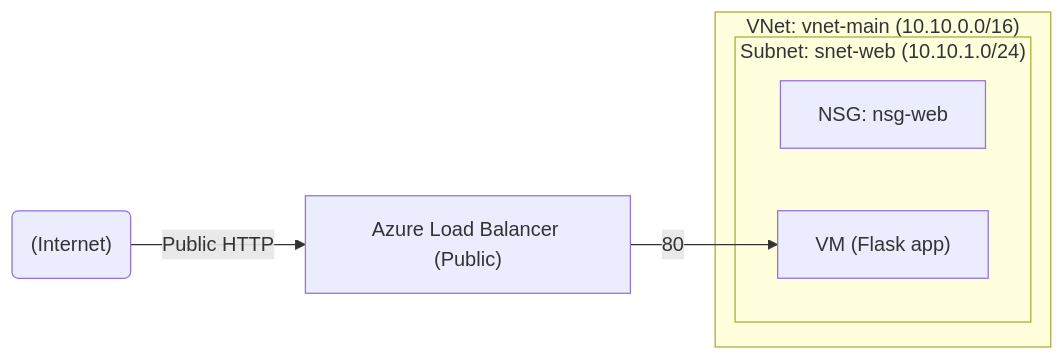
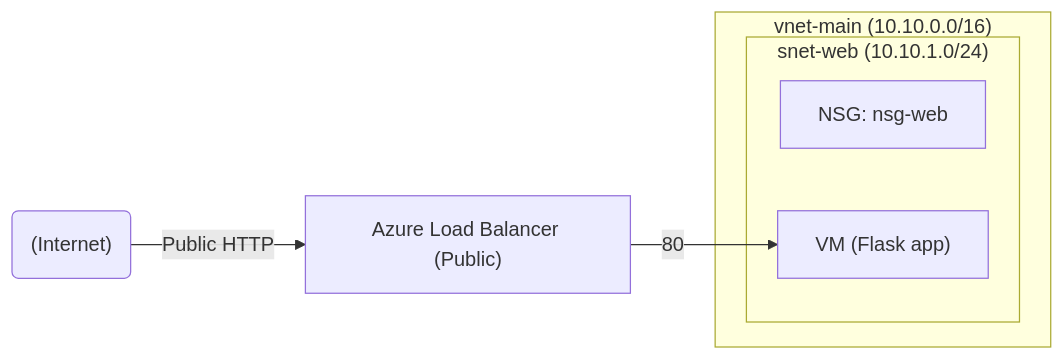
One commit to Ch3rry-Pi3-Azure/Azure-3-Tier-VNet changed the eighth of 8 diagrams in README.md. Above: the diagram before and after it, drawn with Mermaid. The commit also changed other lines of this file, not shown here.

Commit message:
Fix formatting in README.md for subnet diagrams

````diff
--- a/README.md
+++ b/README.md
@@ -148,11 +148,11 @@
 ```mermaid
 flowchart LR
     Internet("(Internet)") -->|Public HTTP| LB["Azure Load Balancer (Public)"]
-    subgraph VNet["VNet: vnet-main (10.10.0.0/16)"]
-        subgraph Web["Subnet: snet-web (10.10.1.0/24)"]
+    subgraph VNet["vnet-main (10.10.0.0/16)"]
+        subgraph Web["snet-web (10.10.1.0/24)"]
             WebNSG[NSG: nsg-web]
             WebVM["VM (Flask app)"]
         end
     end
     LB -->|80| WebVM
 ```
````
